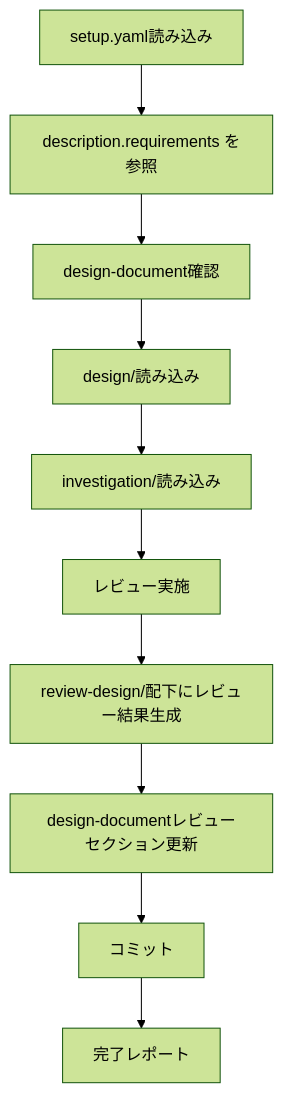
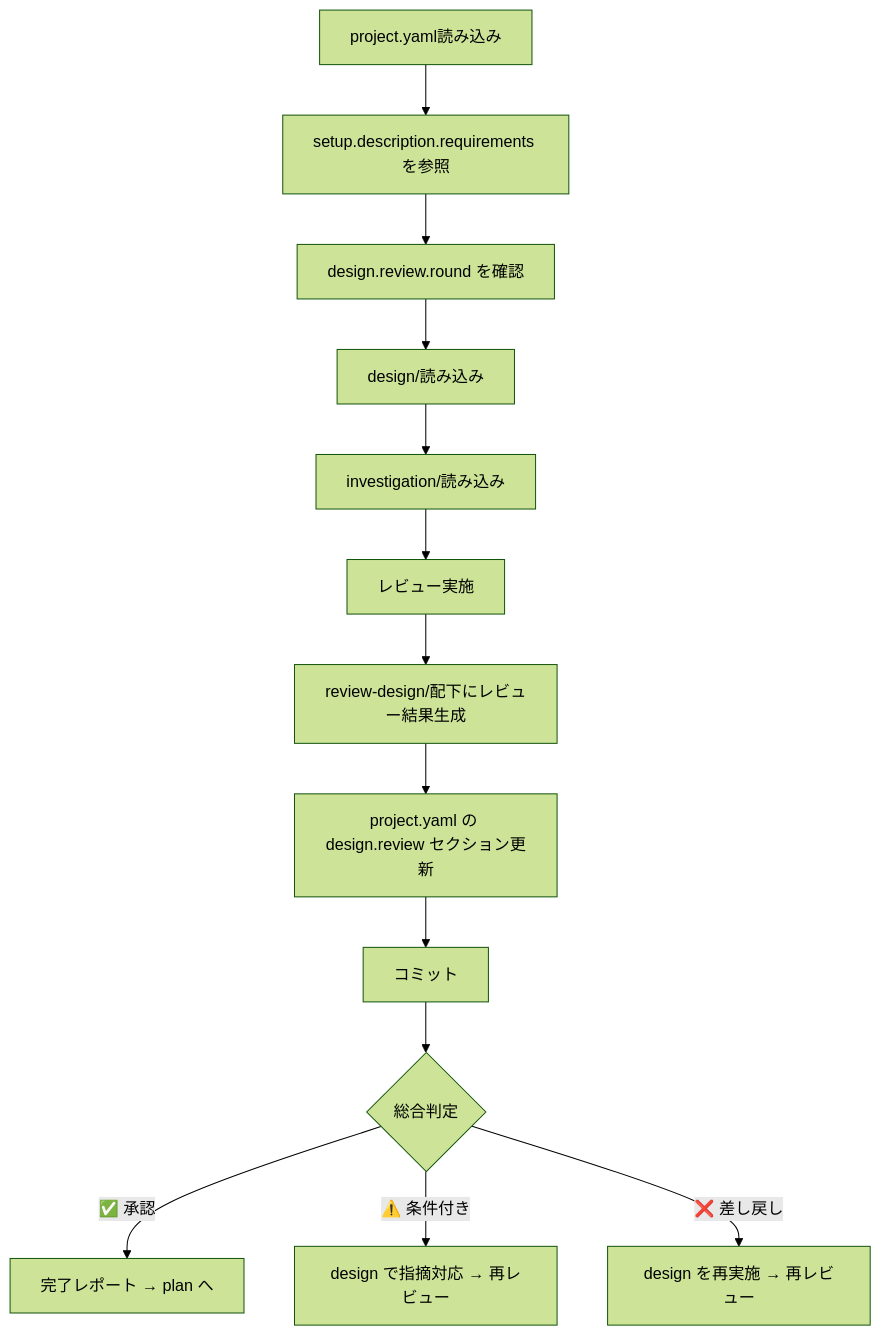
Before and after one commit to NagasakaH/dev-process: the second of 2 diagrams in .claude/skills/review-design/SKILL.md, drawn with Mermaid (forest theme). The commit also changed other lines of this file and 6 other files, not shown here.

````diff
--- a/.claude/skills/review-design/SKILL.md
+++ b/.claude/skills/review-design/SKILL.md
@@ -91,12 +77,15 @@
 ```mermaid
 flowchart TD
-    A[setup.yaml読み込み] --> B[description.requirements を参照]
-    B --> C[design-document確認]
+    A[project.yaml読み込み] --> B[setup.description.requirements を参照]
+    B --> C[design.review.round を確認]
     C --> D[design/読み込み]
     D --> E[investigation/読み込み]
     E --> F[レビュー実施]
     F --> G[review-design/配下にレビュー結果生成]
-    G --> H[design-documentレビューセクション更新]
+    G --> H[project.yaml の design.review セクション更新]
     H --> I[コミット]
-    I --> J[完了レポート]
+    I --> J{総合判定}
+    J -->|✅ 承認| K[完了レポート → plan へ]
+    J -->|⚠️ 条件付き| L[design で指摘対応 → 再レビュー]
+    J -->|❌ 差し戻し| M[design を再実施 → 再レビュー]
 ```
````
